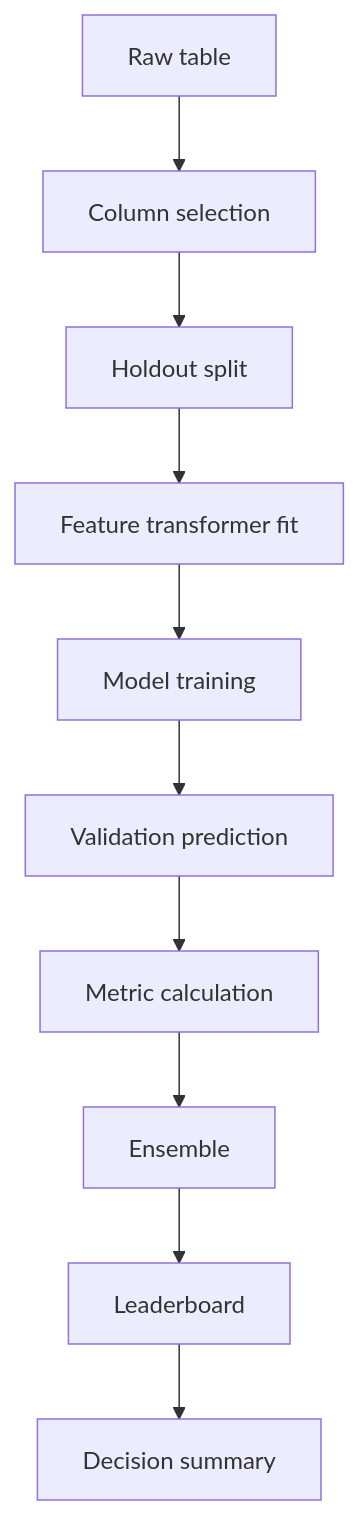
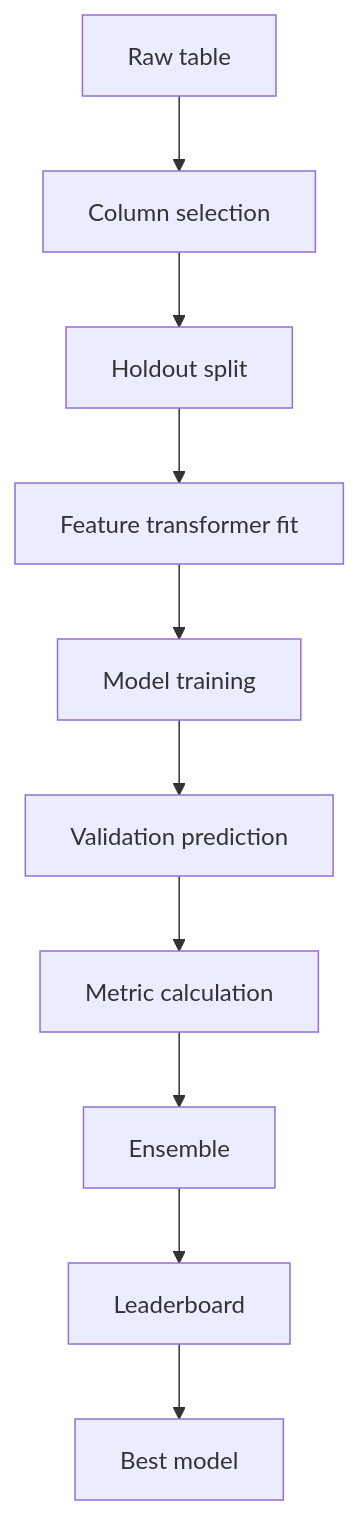
One commit to dkawa2523/ml_platform changed the first of 2 diagrams in docs/ml_platform_mkdocs/docs/data-science/workflow.md. Above: the diagram before and after it, drawn with Mermaid. The commit also changed other lines of this file and 28 other files, not shown here.

````diff
--- a/docs/ml_platform_mkdocs/docs/data-science/workflow.md
+++ b/docs/ml_platform_mkdocs/docs/data-science/workflow.md
@@ -7,12 +7,12 @@
 ```mermaid
 graph TB
   A[Raw table] --> B[Column selection]
   B --> C[Holdout split]
   C --> D[Feature transformer fit]
   D --> E[Model training]
   E --> F[Validation prediction]
   F --> G[Metric calculation]
   G --> H[Ensemble]
   H --> I[Leaderboard]
-  I --> J[Decision summary]
+  I --> J[Best model]
 ```
````
